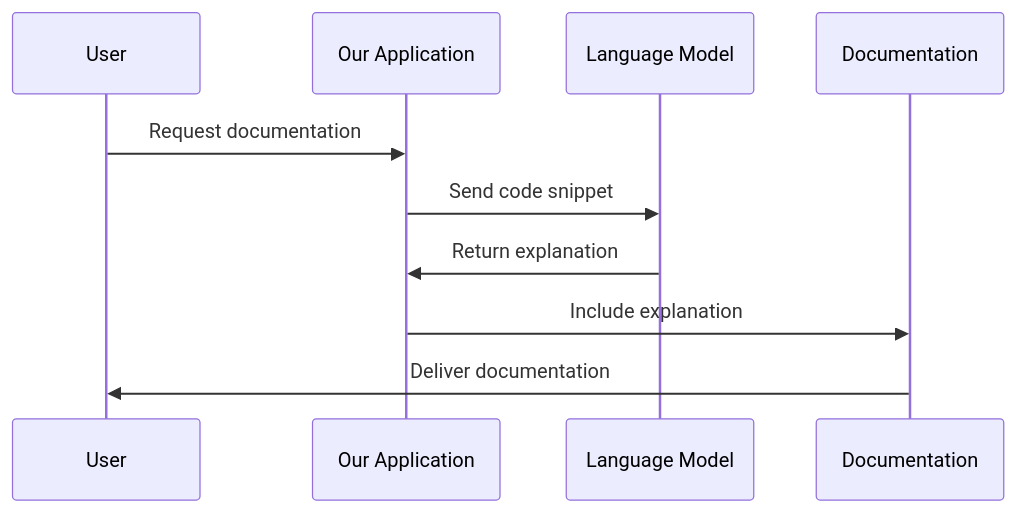
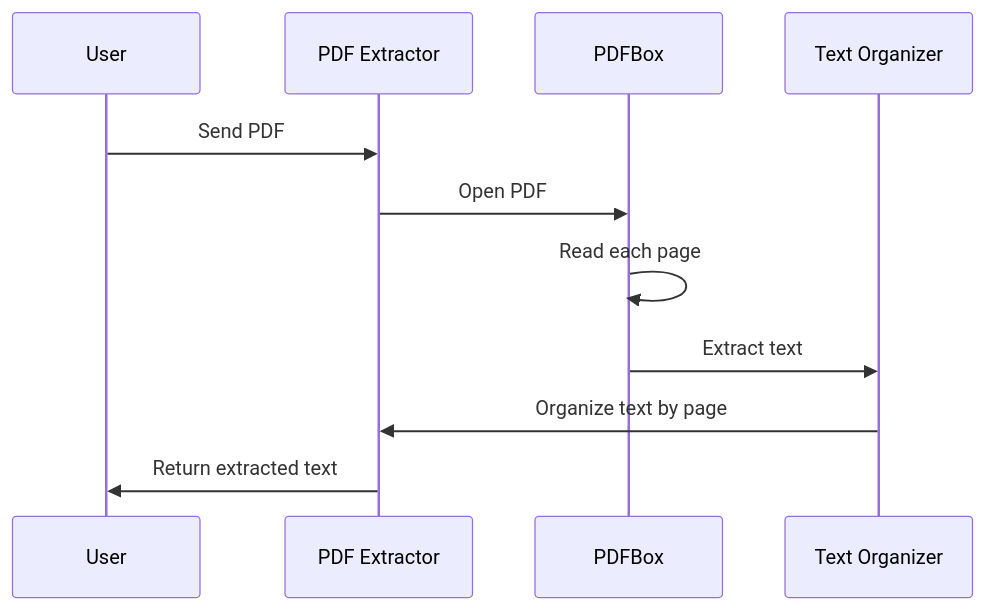
One commit to dygavieta/NewRepo changed the fifth of 7 diagrams in README.md. Above: the diagram before and after it, drawn with Mermaid. The commit also changed other lines of this file, not shown here.

````diff
--- a/README.md
+++ b/README.md
@@ -519,13 +356,13 @@
 ```mermaid
 sequenceDiagram
     participant User
-    participant App as Our Application
-    participant LLM as Language Model
-    participant Doc as Documentation
-
-    User->>App: Request documentation
-    App->>LLM: Send code snippet
-    LLM->>App: Return explanation
-    App->>Doc: Include explanation
-    Doc->>User: Deliver documentation
+    participant App as PDF Extractor
+    participant PDFBox
+    participant Text as Text Organizer
+    User->>App: Send PDF
+    App->>PDFBox: Open PDF
+    PDFBox->>PDFBox: Read each page
+    PDFBox->>Text: Extract text
+    Text->>App: Organize text by page
+    App->>User: Return extracted text
 ```
````
